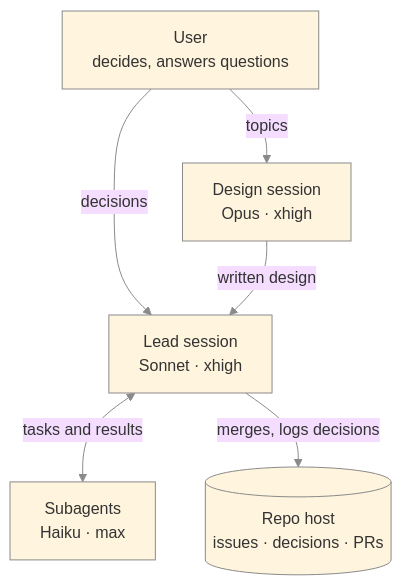
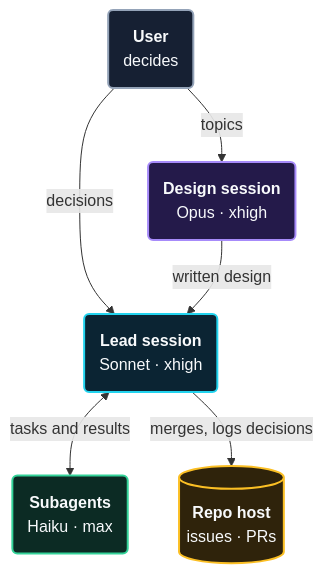
The diagram in docs/inter-session-management.md (Herz-Cloud-AI-GmbH/claude-session-management), drawn with Mermaid before and after one commit. The commit also changed other lines of this file and 11 other files, not shown here.

First line of the commit message:
Restyle diagrams for dark and light themes

````diff
--- a/docs/inter-session-management.md
+++ b/docs/inter-session-management.md
@@ -15,14 +15,18 @@
 ```mermaid
-%%{init: {"theme": "base", "themeVariables": {"lineColor": "#8a8a8a", "primaryBorderColor": "#8a8a8a"}, "flowchart": {"wrappingWidth": 400}}}%%
 flowchart TB
-  User["User<br/>decides, answers questions"]
-  Design["Design session<br/>Opus · xhigh"]
-  Lead["Lead session<br/>Sonnet · xhigh"]
-  Sub["Subagents<br/>Haiku · max"]
-  Host[("Repo host<br/>issues · decisions · PRs")]
+  User("<b>User</b><br/>decides"):::user
+  Design("<b>Design session</b><br/>Opus · xhigh"):::design
+  Lead("<b>Lead session</b><br/>Sonnet · xhigh"):::lead
+  Sub("<b>Subagents</b><br/>Haiku · max"):::sub
+  Host[("<b>Repo host</b><br/>issues · PRs")]:::host
   User -- "topics" --> Design
   User -- "decisions" --> Lead
   Design -- "written design" --> Lead
   Lead <-->|"tasks and results"| Sub
   Lead -- "merges, logs decisions" --> Host
+  classDef user fill:#162033,stroke:#94a3b8,stroke-width:2px,color:#f8fafc
+  classDef design fill:#241a4a,stroke:#a78bfa,stroke-width:2px,color:#f8fafc
+  classDef lead fill:#0b2433,stroke:#22d3ee,stroke-width:2px,color:#f8fafc
+  classDef sub fill:#0c2b24,stroke:#34d399,stroke-width:2px,color:#f8fafc
+  classDef host fill:#2f230b,stroke:#fbbf24,stroke-width:2px,color:#f8fafc
 ```
````
